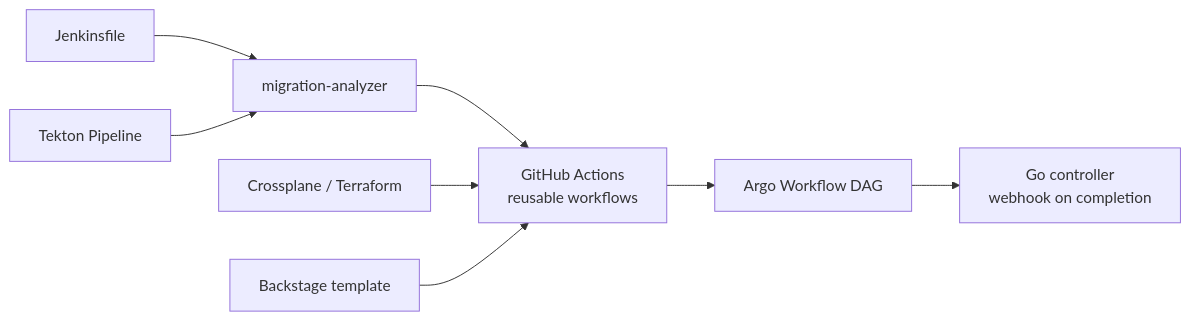
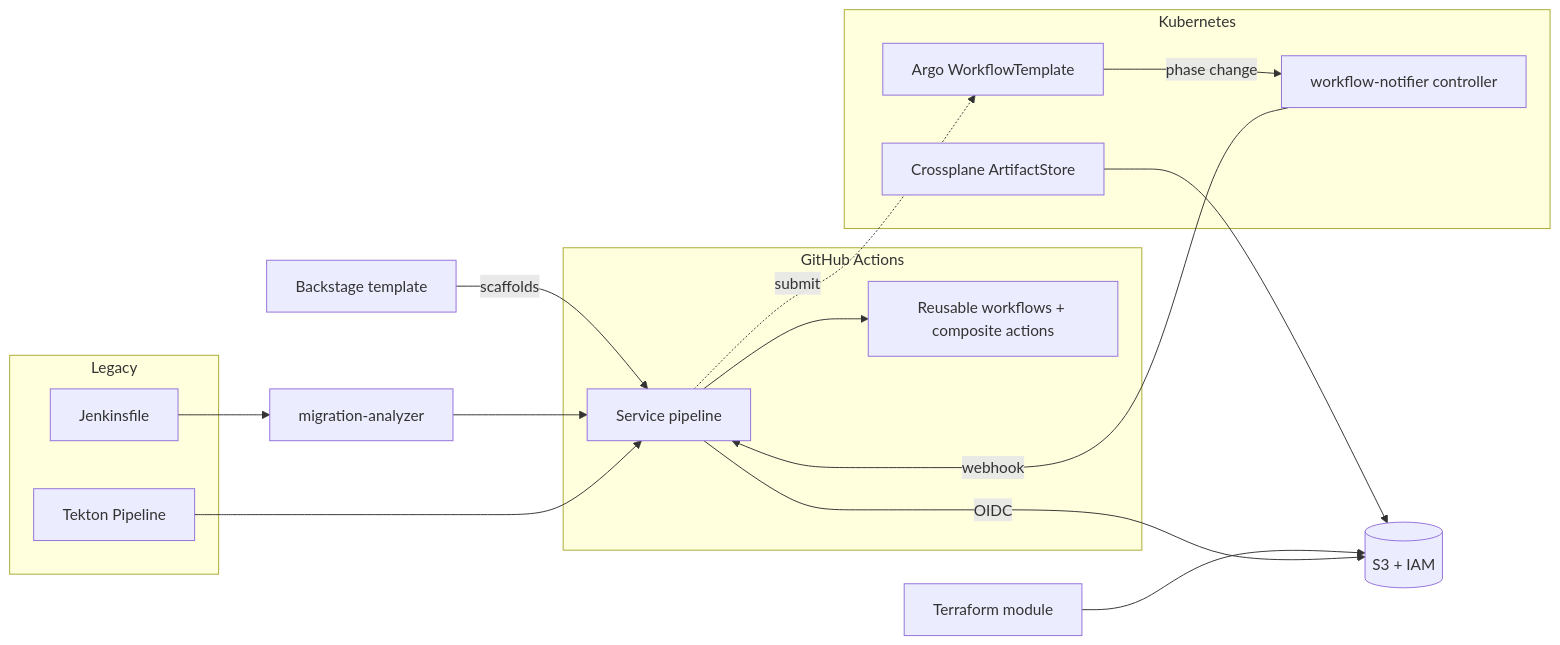
Before and after one commit to henryekeocha/jenkins-to-actions-migration-platform: the diagram in README.md, drawn with Mermaid. The commit also changed other lines of this file and 3 other files, not shown here.

````diff
--- a/README.md
+++ b/README.md
@@ -30,10 +34,26 @@
 ```mermaid
 flowchart LR
-  J[Jenkinsfile] --> A[migration-analyzer]
-  T[Tekton Pipeline] --> A
-  A --> G[GitHub Actions<br/>reusable workflows]
-  G --> W[Argo Workflow DAG]
-  W --> C[Go controller<br/>webhook on completion]
-  X[Crossplane / Terraform] --> G
-  B[Backstage template] --> G
+  subgraph legacy [Legacy]
+    J[Jenkinsfile]
+    T[Tekton Pipeline]
+  end
+  A[migration-analyzer]
+  subgraph gha [GitHub Actions]
+    R[Reusable workflows + composite actions]
+    P[Service pipeline]
+  end
+  subgraph cluster [Kubernetes]
+    W[Argo WorkflowTemplate]
+    N[workflow-notifier controller]
+    X[Crossplane ArtifactStore]
+  end
+  S[(S3 + IAM)]
+  B[Backstage template] -->|scaffolds| P
+  J --> A --> P
+  T --> P
+  P --> R
+  P -.->|submit| W -->|phase change| N -->|webhook| P
+  X --> S
+  TF[Terraform module] --> S
+  P -->|OIDC| S
 ```
````
